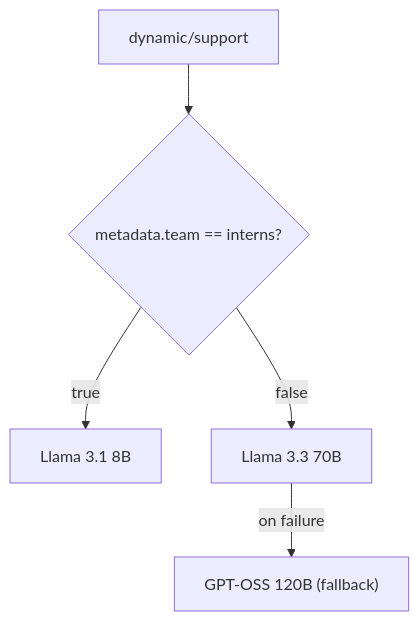
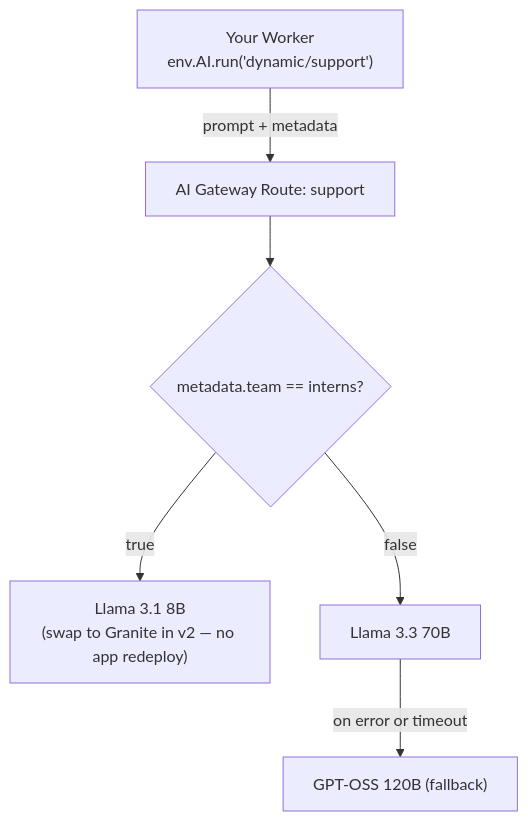
One commit to agentschools/cfdev.school changed the diagram in courses/fundamentals/ai-gateway/exercises/04-route-and-fall-back.md. Above: the diagram before and after it, drawn with Mermaid. The commit also changed other lines of this file and 9 other files, not shown here.

Commit message:
fix(ai-gateway): fix Mermaid CSS cycle and improve teaching flow from student run

````diff
--- a/courses/fundamentals/ai-gateway/exercises/04-route-and-fall-back.md
+++ b/courses/fundamentals/ai-gateway/exercises/04-route-and-fall-back.md
@@ -106,7 +120,8 @@
 ```mermaid
 flowchart TD
-  Start["dynamic/support"] --> Check{"metadata.team == interns?"}
-  Check -->|"true"| Economical["Llama 3.1 8B"]
+  App["Your Worker\nenv.AI.run('dynamic/support')"] -->|"prompt + metadata"| Start["AI Gateway Route: support"]
+  Start --> Check{"metadata.team == interns?"}
+  Check -->|"true"| Economical["Llama 3.1 8B\n(swap to Granite in v2 — no app redeploy)"]
   Check -->|"false"| Capable["Llama 3.3 70B"]
-  Capable -->|"on failure"| Backup["GPT-OSS 120B (fallback)"]
+  Capable -->|"on error or timeout"| Backup["GPT-OSS 120B (fallback)"]
 ```
````
